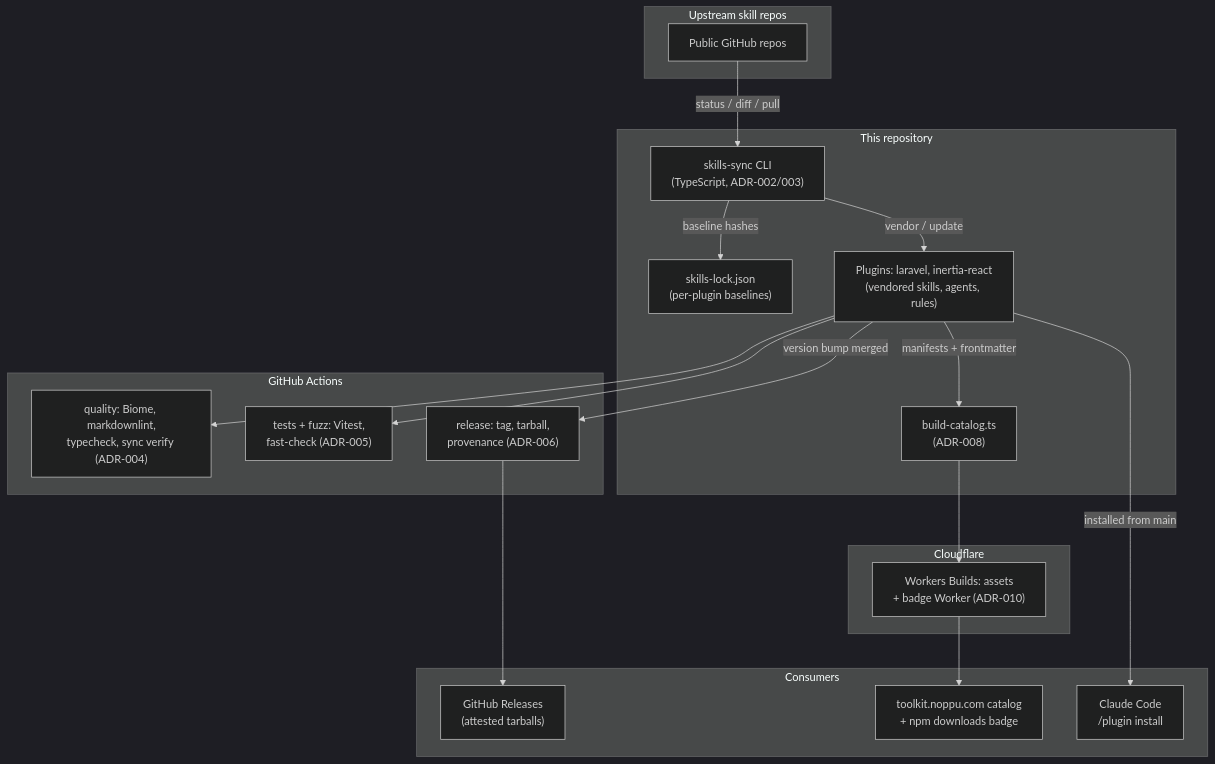
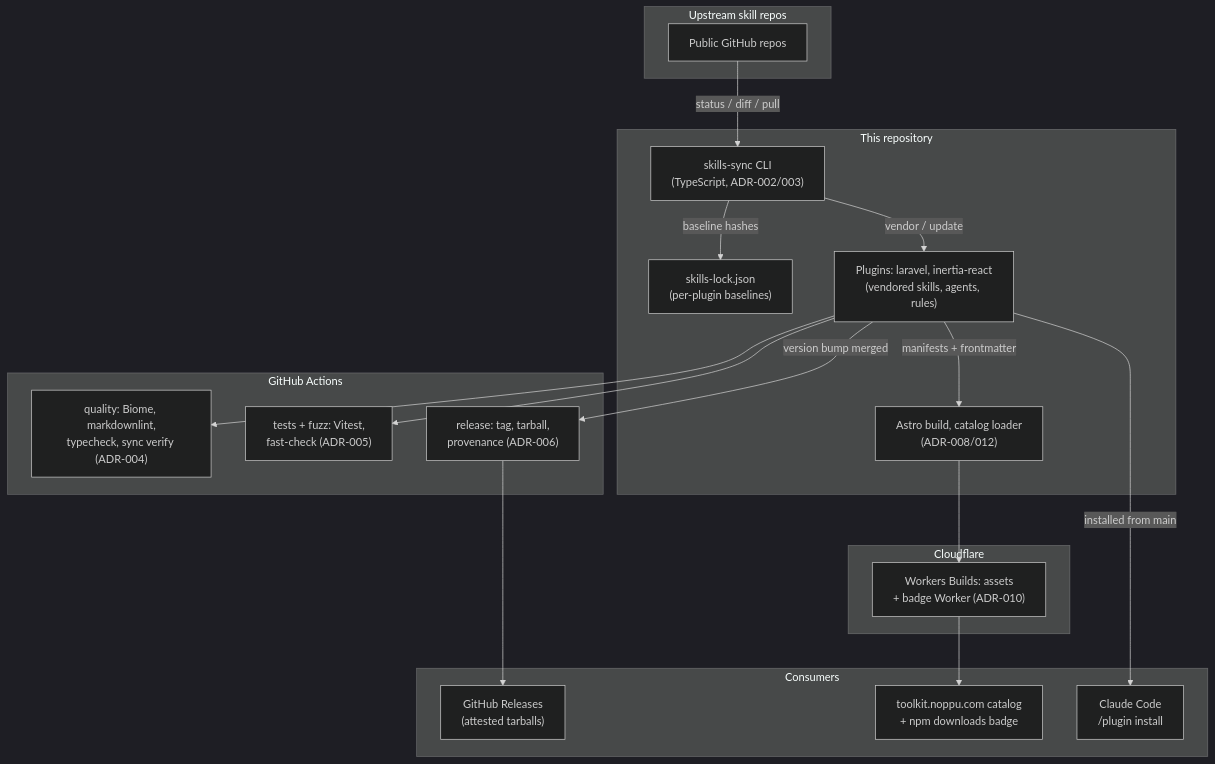
One commit to noppu-labs/ai-toolkit changed the diagram in docs/adr/000-index.md. Above: the diagram before and after it, drawn with Mermaid (dark theme). The commit also changed other lines of this file and 5 other files, not shown here.

Commit message:
docs(adr): ADR-012 records the move to Astro; ADR-011 is superseded

````diff
--- a/docs/adr/000-index.md
+++ b/docs/adr/000-index.md
@@ -27,41 +28,41 @@
 ```mermaid
 graph TB
     subgraph Upstreams["Upstream skill repos"]
         UP["Public GitHub repos"]
     end
 
     subgraph Repo["This repository"]
         SYNC["skills-sync CLI<br/>(TypeScript, ADR-002/003)"]
         PLUGINS["Plugins: laravel, inertia-react<br/>(vendored skills, agents, rules)"]
         LOCK["skills-lock.json<br/>(per-plugin baselines)"]
-        SITEGEN["build-catalog.ts<br/>(ADR-008)"]
+        SITEGEN["Astro build, catalog loader<br/>(ADR-008/012)"]
     end
 
     subgraph CI["GitHub Actions"]
         QUALITY["quality: Biome, markdownlint,<br/>typecheck, sync verify (ADR-004)"]
         TESTS["tests + fuzz: Vitest,<br/>fast-check (ADR-005)"]
         RELEASE["release: tag, tarball,<br/>provenance (ADR-006)"]
     end
 
     subgraph CF["Cloudflare"]
         PAGES["Workers Builds: assets<br/>+ badge Worker (ADR-010)"]
     end
 
     subgraph Out["Consumers"]
         CC["Claude Code<br/>/plugin install"]
         REL["GitHub Releases<br/>(attested tarballs)"]
         SITE["toolkit.noppu.com catalog<br/>+ npm downloads badge"]
     end
 
     UP -- "status / diff / pull" --> SYNC
     SYNC -- "baseline hashes" --> LOCK
     SYNC -- "vendor / update" --> PLUGINS
     PLUGINS --> QUALITY
     PLUGINS --> TESTS
     PLUGINS -- "version bump merged" --> RELEASE
     RELEASE --> REL
     PLUGINS -- "manifests + frontmatter" --> SITEGEN
     SITEGEN --> PAGES
     PAGES --> SITE
     PLUGINS -- "installed from main" --> CC
 ```
````
